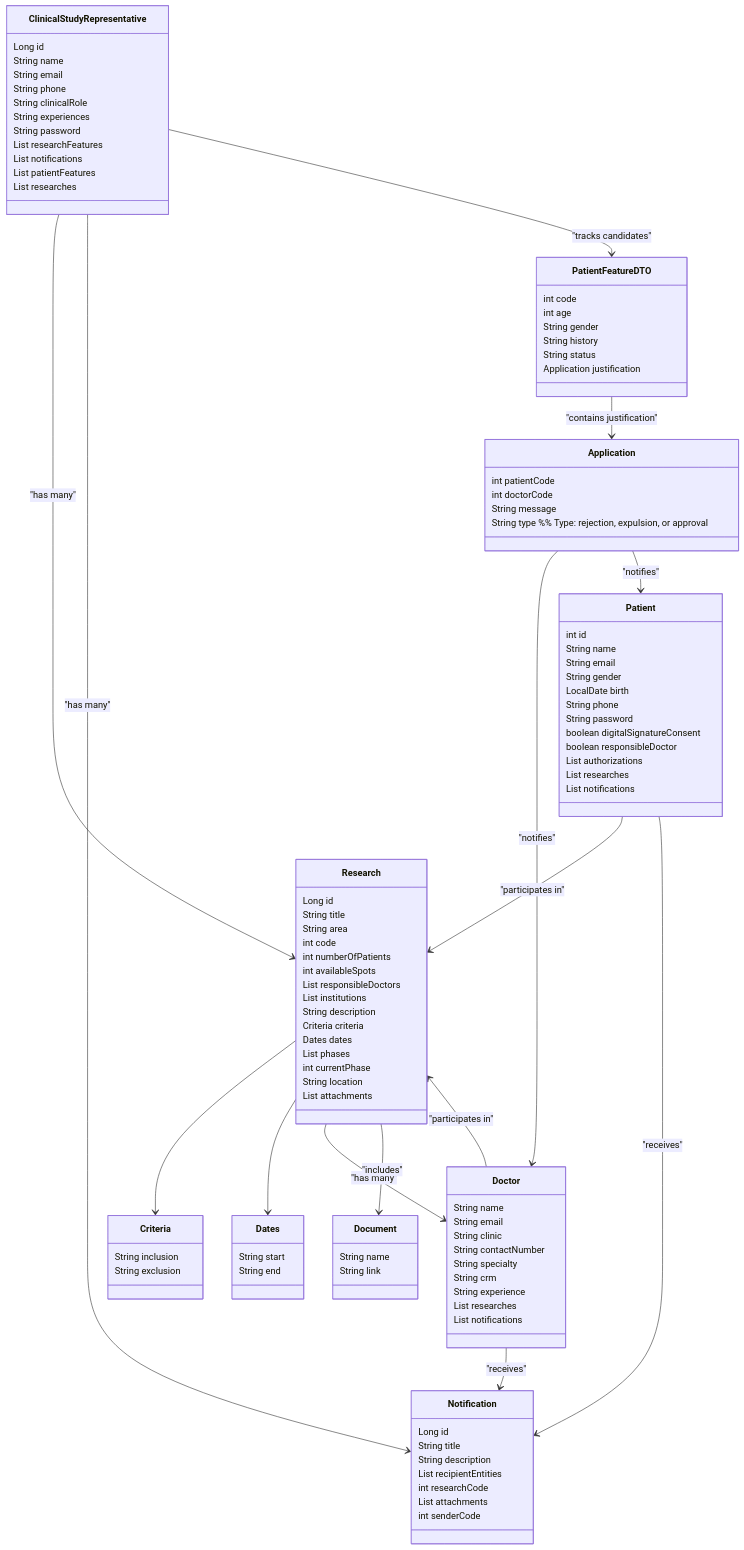
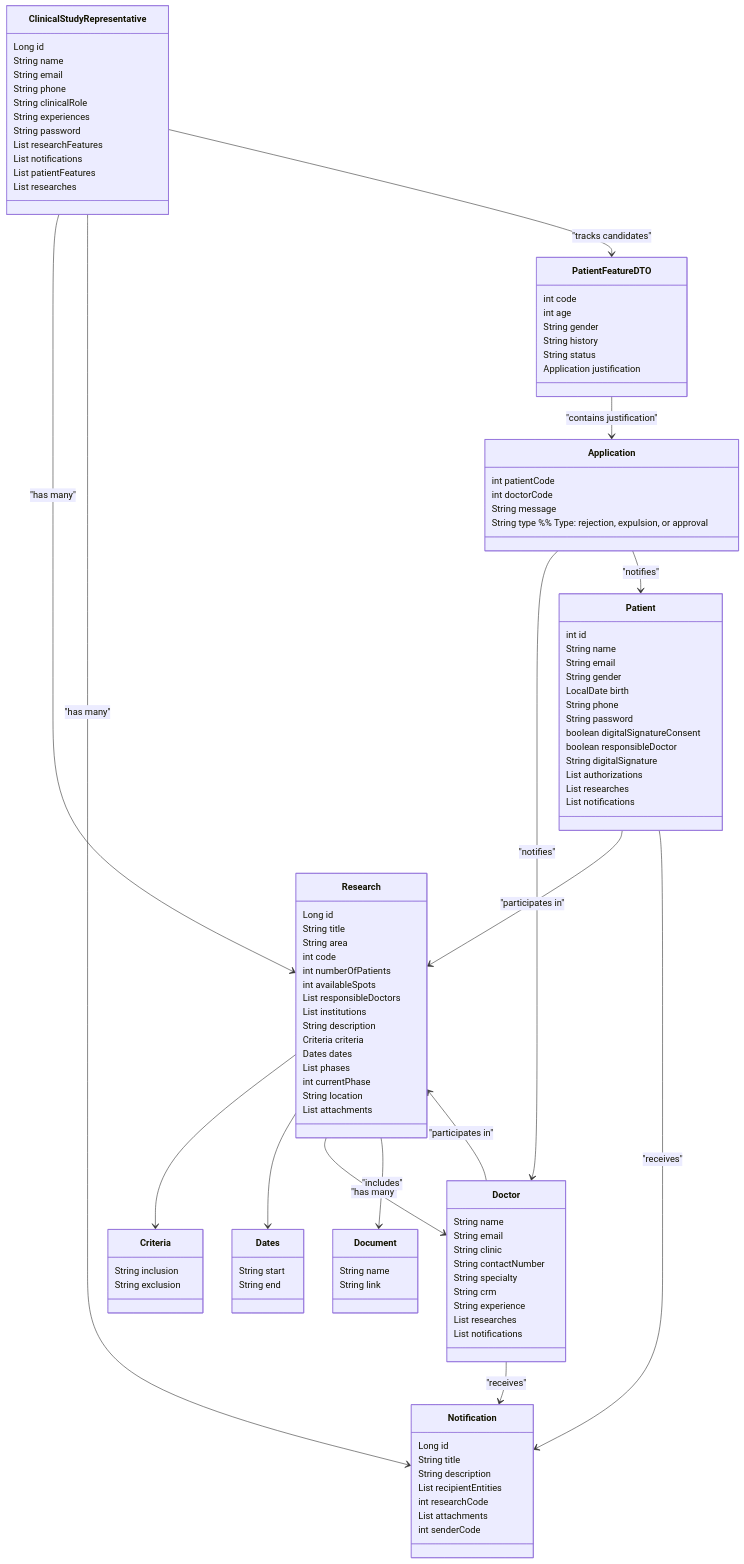
Before and after one commit to andrefilipe1310/inovamed-: the third of 15 diagrams in README.md, drawn with Mermaid.

```diff
--- a/README.md
+++ b/README.md
@@ -110,6 +110,7 @@
         String password
         boolean digitalSignatureConsent
         boolean responsibleDoctor
+        String digitalSignature
         List<String> authorizations
         List<Research> researches
         List<Notification> notifications
```
